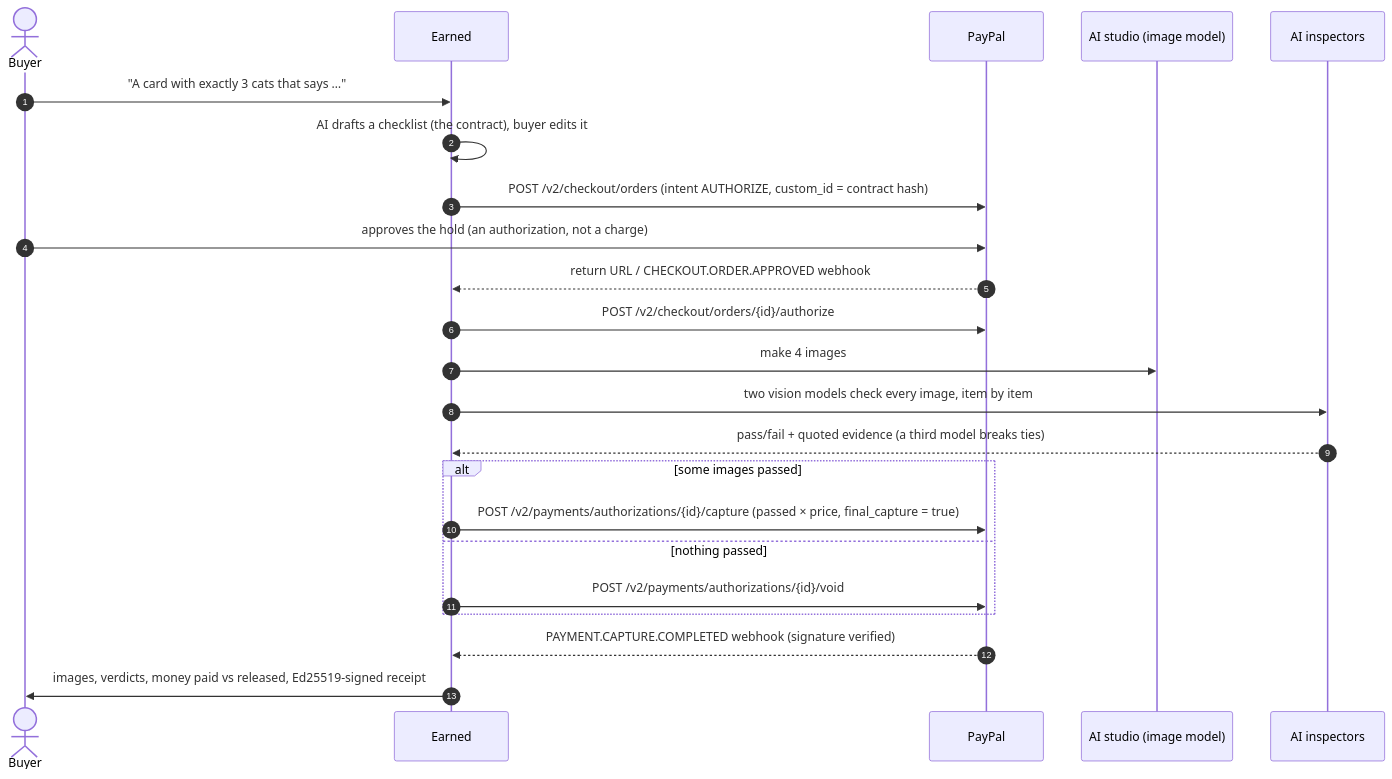
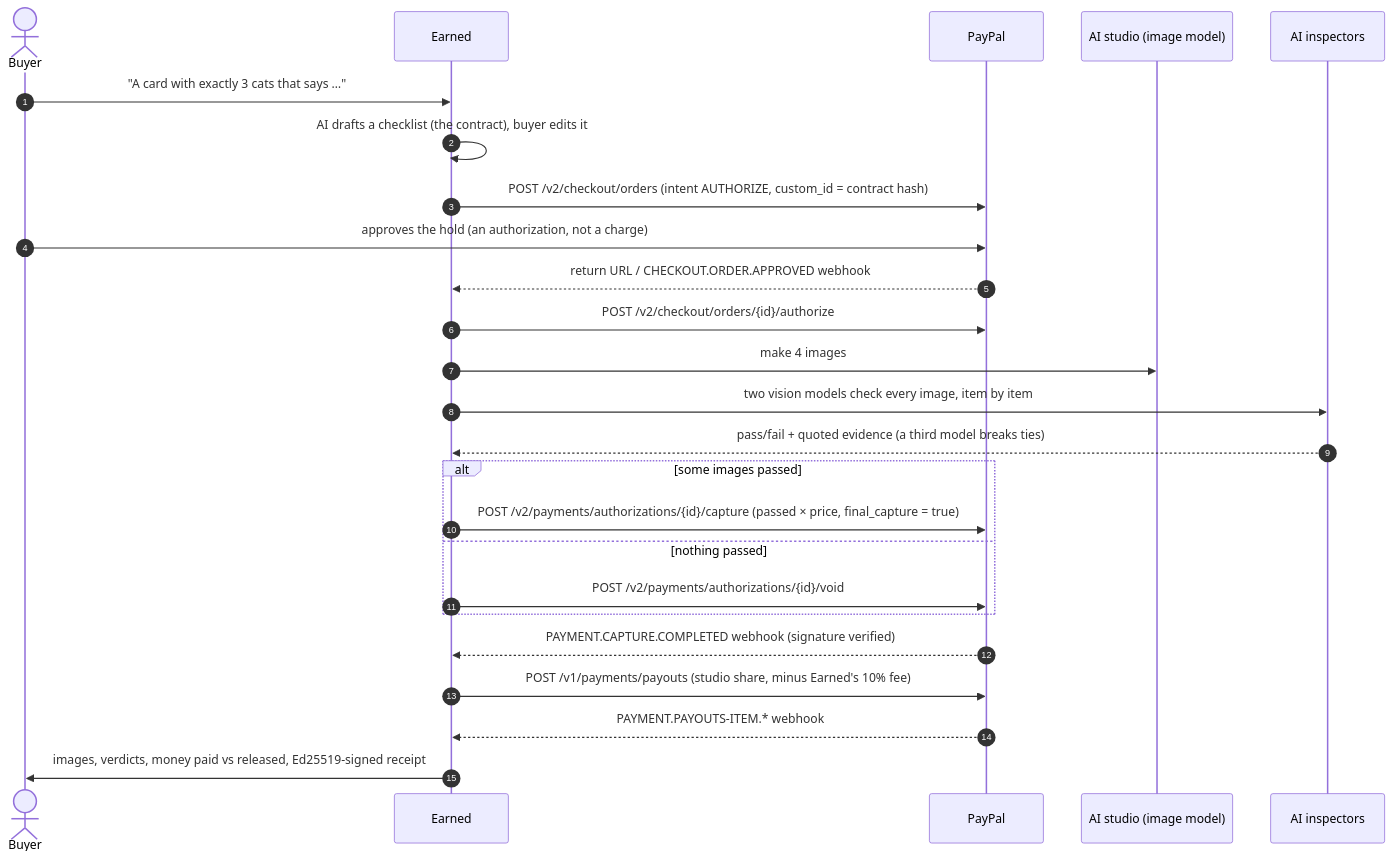
Before and after one commit to rp10000/earned: the diagram in README.md, drawn with Mermaid. The commit also changed other lines of this file and 22 other files, not shown here.

First line of the commit message:
Pay studios with PayPal Payouts, protect the demo budget, explain what is different

````diff
--- a/README.md
+++ b/README.md
@@ -21,25 +46,27 @@
 ```mermaid
 sequenceDiagram
     autonumber
     actor Buyer
     participant Earned
     participant PayPal
     participant Studio as AI studio (image model)
     participant Judges as AI inspectors
     Buyer->>Earned: "A card with exactly 3 cats that says …"
     Earned->>Earned: AI drafts a checklist (the contract), buyer edits it
     Earned->>PayPal: POST /v2/checkout/orders (intent AUTHORIZE, custom_id = contract hash)
     Buyer->>PayPal: approves the hold (an authorization, not a charge)
     PayPal-->>Earned: return URL / CHECKOUT.ORDER.APPROVED webhook
     Earned->>PayPal: POST /v2/checkout/orders/{id}/authorize
     Earned->>Studio: make 4 images
     Earned->>Judges: two vision models check every image, item by item
     Judges-->>Earned: pass/fail + quoted evidence (a third model breaks ties)
     alt some images passed
         Earned->>PayPal: POST /v2/payments/authorizations/{id}/capture (passed × price, final_capture = true)
     else nothing passed
         Earned->>PayPal: POST /v2/payments/authorizations/{id}/void
     end
     PayPal-->>Earned: PAYMENT.CAPTURE.COMPLETED webhook (signature verified)
+    Earned->>PayPal: POST /v1/payments/payouts (studio share, minus Earned's 10% fee)
+    PayPal-->>Earned: PAYMENT.PAYOUTS-ITEM.* webhook
     Earned->>Buyer: images, verdicts, money paid vs released, Ed25519-signed receipt
 ```
````
